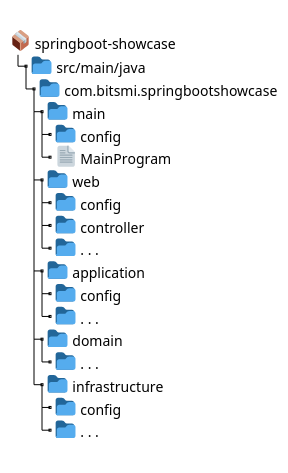
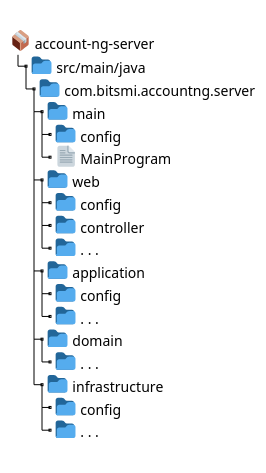
Before and after one commit to bitsmi-blog/springboot-showcase: the third of 3 diagrams in docs/src/main/asciidoc/pages/application/architecture.adoc, drawn with PlantUML. The commit also changed other lines of this file and 37 other files, not shown here.

```diff
--- a/docs/src/main/asciidoc/pages/application/architecture.adoc
+++ b/docs/src/main/asciidoc/pages/application/architecture.adoc
@@ -220,31 +220,31 @@
 [plantuml]
 ----
 @startuml
 skinparam Legend {
 	BackgroundColor transparent
 	BorderColor transparent
 }
 legend
 
-<:package:> springboot-showcase
+<:package:> account-ng-server
 |_ <:file_folder:> src/main/java
-  |_ <:file_folder:> com.bitsmi.springbootshowcase
+  |_ <:file_folder:> com.bitsmi.accountng.server
     |_ <:file_folder:> main
       |_ <:file_folder:> config
       |_ <:page_facing_up:> MainProgram
     |_ <:file_folder:> web
       |_ <:file_folder:> config
       |_ <:file_folder:> controller
       |_ <:file_folder:> . . .
     |_ <:file_folder:> application
       |_ <:file_folder:> config
       |_ <:file_folder:> . . .
     |_ <:file_folder:> domain
       |_ <:file_folder:> . . .
     |_ <:file_folder:> infrastructure
       |_ <:file_folder:> config
       |_ <:file_folder:> . . .
 
 end legend
 @end uml
 ----
```
